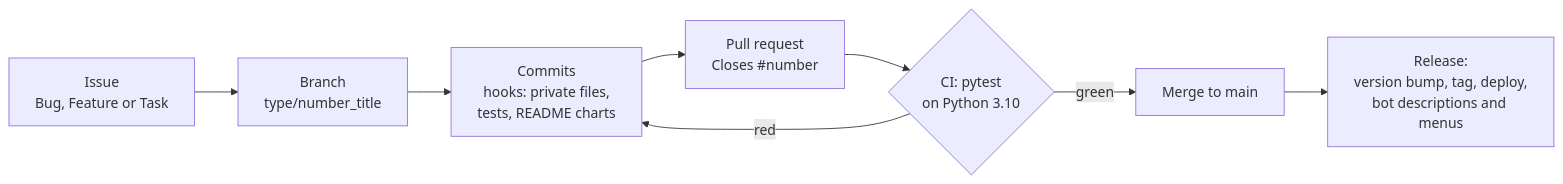
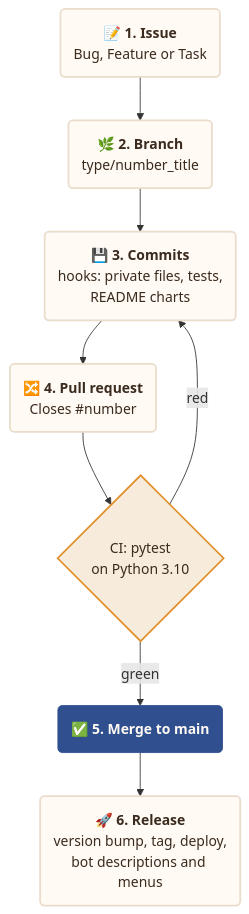
One commit to francescoperrino/Caccometro changed the diagram in CONTRIBUTING.md. Above: the diagram before and after it, drawn with Mermaid. The commit also changed other lines of this file and 10 other files, not shown here.

First line of the commit message:
Restyle the documentation diagrams and add workflow infographics (#194)

````diff
--- a/CONTRIBUTING.md
+++ b/CONTRIBUTING.md
@@ -58,10 +58,23 @@
 ```mermaid
-flowchart LR
-    issue["Issue<br/>Bug, Feature or Task"] --> branch["Branch<br/>type/number_title"]
-    branch --> commits["Commits<br/>hooks: private files,<br/>tests, README charts"]
-    commits --> pr["Pull request<br/>Closes #number"]
-    pr --> ci{"CI: pytest<br/>on Python 3.10"}
+flowchart TD
+    issue("📝 <b>1. Issue</b><br/>Bug, Feature or Task")
+    branch("🌿 <b>2. Branch</b><br/>type/number_title")
+    commits("💾 <b>3. Commits</b><br/>hooks: private files, tests,<br/>README charts")
+    pr("🔀 <b>4. Pull request</b><br/>Closes #number")
+    ci{"CI: pytest<br/>on Python 3.10"}
+    merge("✅ <b>5. Merge to main</b>")
+    release("🚀 <b>6. Release</b><br/>version bump, tag, deploy,<br/>bot descriptions and menus")
+    issue --> branch --> commits --> pr --> ci
     ci -->|"red"| commits
-    ci -->|"green"| merge["Merge to main"]
-    merge --> release["Release:<br/>version bump, tag, deploy,<br/>bot descriptions and menus"]
+    ci -->|"green"| merge --> release
+    classDef step fill:#fffaf3,stroke:#eadccb,stroke-width:2px,color:#3b2a1e
+    classDef main fill:#2f4f8f,stroke:#2f4f8f,color:#fffaf3
+    classDef person fill:#5c4f42,stroke:#5c4f42,color:#fffaf3
+    classDef check fill:#f7ecdc,stroke:#e0902b,stroke-width:2px,color:#3b2a1e
+    classDef detail fill:#f7ecdc,stroke:#eadccb,color:#3b2a1e
+    classDef alert fill:#e0902b,stroke:#e0902b,color:#fffaf3
+    classDef stop fill:#f3e4d0,stroke:#cbbca9,stroke-dasharray:4 3,color:#7a6a5c
+    class issue,branch,commits,pr,release step
+    class merge main
+    class ci check
 ```
````
